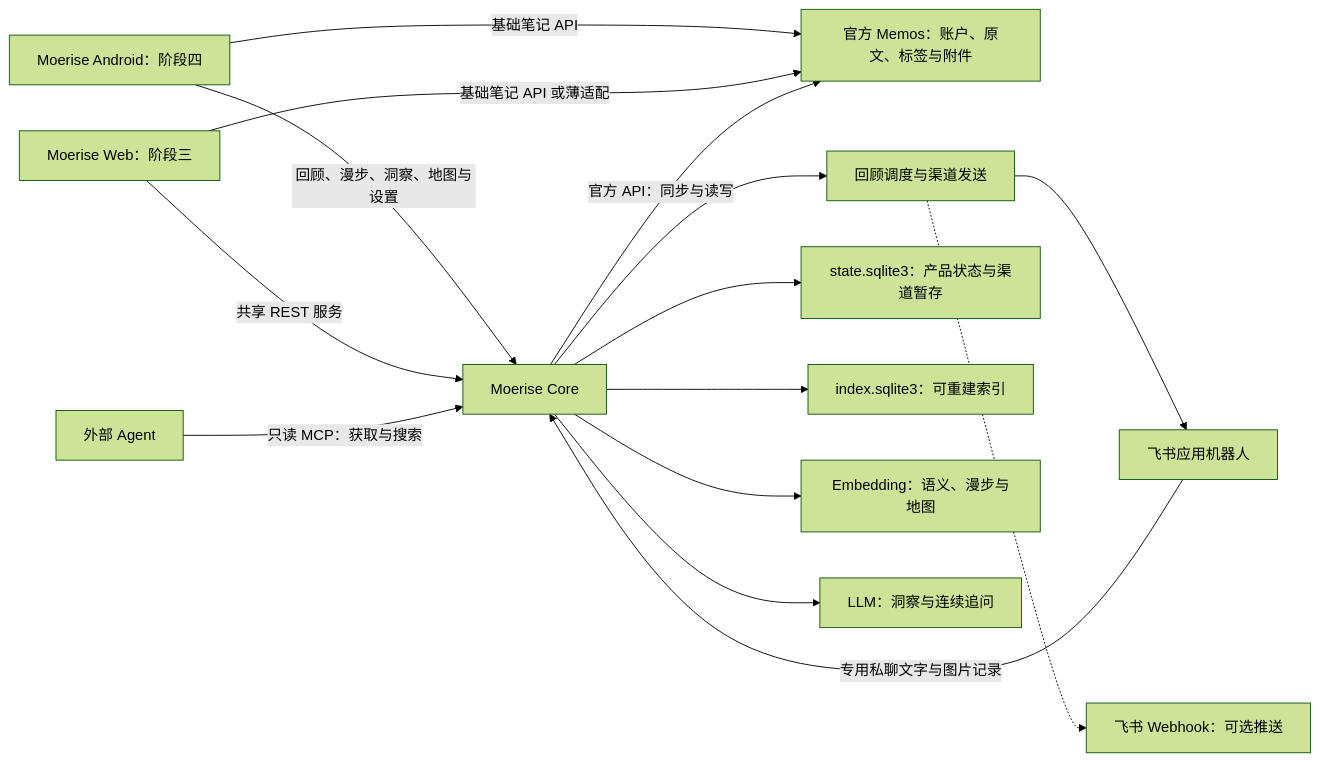
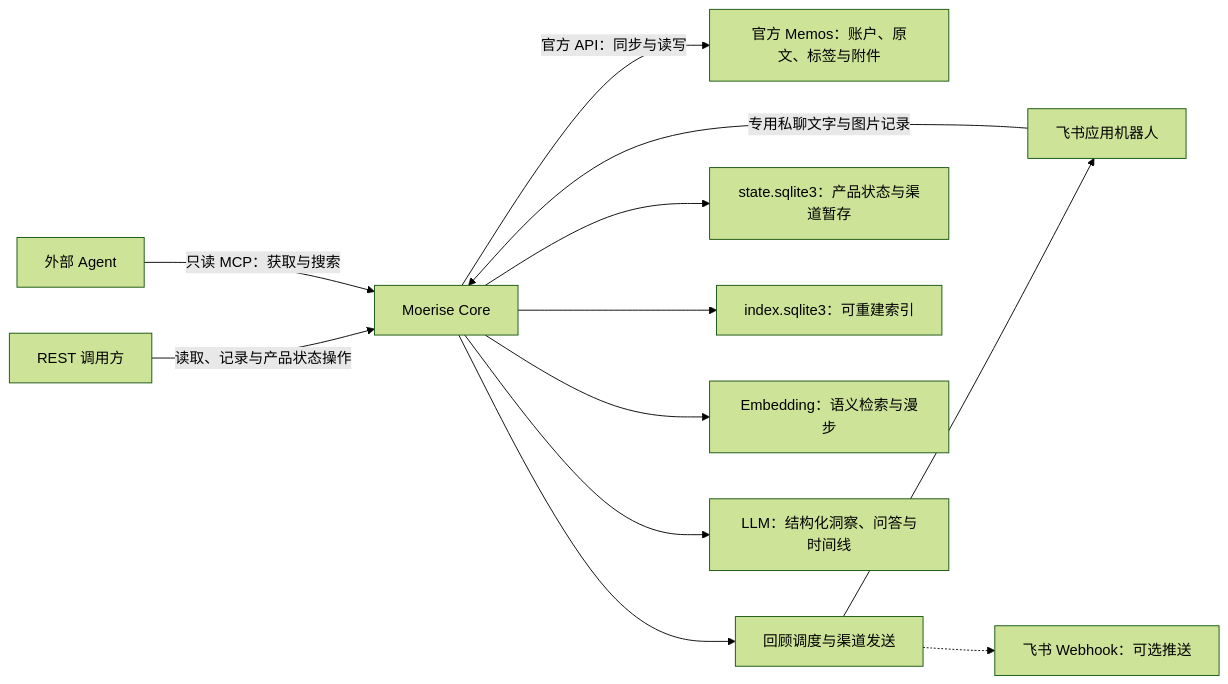
The first of 2 diagrams in docs/PRODUCT-ARCHITECTURE.md (Fermin214/Moerise), drawn with Mermaid (forest theme) before and after one commit. The commit also changed other lines of this file and 12 other files, not shown here.

````diff
--- a/docs/PRODUCT-ARCHITECTURE.md
+++ b/docs/PRODUCT-ARCHITECTURE.md
@@ -33,17 +30,15 @@
 ```mermaid
 flowchart LR
-    Android["Moerise Android：阶段四"] -->|"基础笔记 API"| Memos["官方 Memos：账户、原文、标签与附件"]
-    Web["Moerise Web：阶段三"] -->|"基础笔记 API 或薄适配"| Memos
+    Memos["官方 Memos：账户、原文、标签与附件"]
     Core["Moerise Core"] -->|"官方 API：同步与读写"| Memos
-    Android -->|"回顾、漫步、洞察、地图与设置"| Core
-    Web -->|"共享 REST 服务"| Core
+    Caller["REST 调用方"] -->|"读取、记录与产品状态操作"| Core
     Agents["外部 Agent"] -->|"只读 MCP：获取与搜索"| Core
     FeishuBot["飞书应用机器人"] -->|"专用私聊文字与图片记录"| Core
     Core --> Notify["回顾调度与渠道发送"]
     Core --> State["state.sqlite3：产品状态与渠道暂存"]
     Core --> Index["index.sqlite3：可重建索引"]
-    Core --> Embedding["Embedding：语义、漫步与地图"]
-    Core --> LLM["LLM：洞察与连续追问"]
+    Core --> Embedding["Embedding：语义检索与漫步"]
+    Core --> LLM["LLM：结构化洞察、问答与时间线"]
     Notify --> FeishuBot
     Notify -.-> FeishuWebhook["飞书 Webhook：可选推送"]
 ```
````
